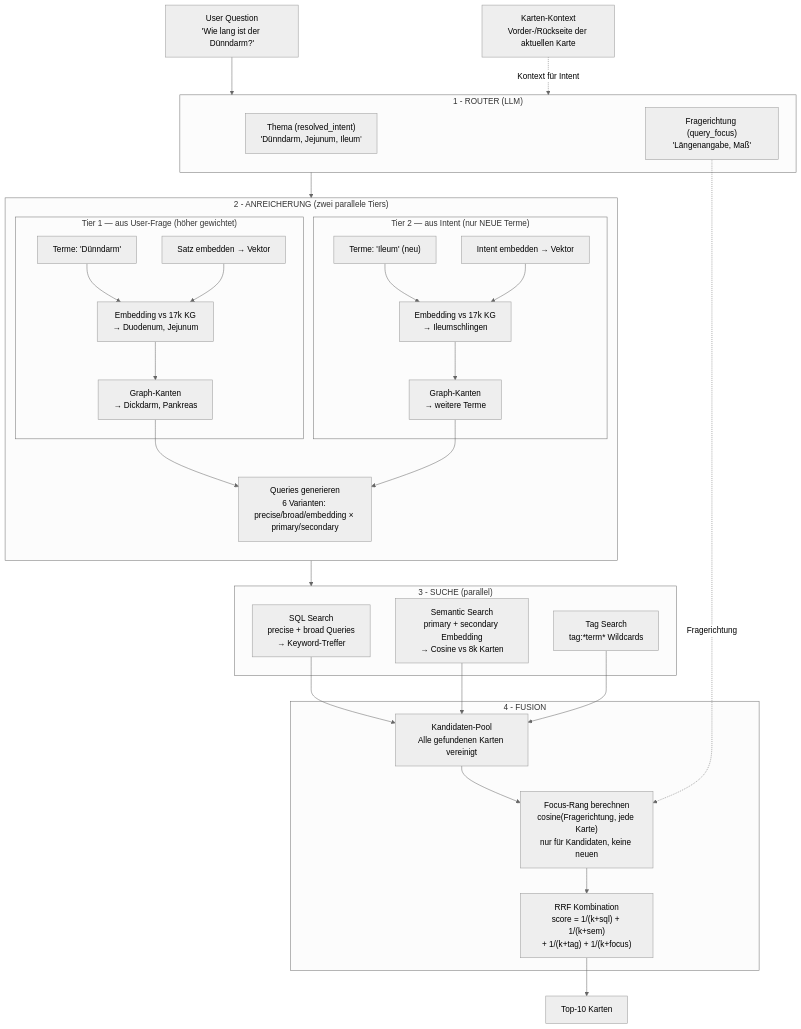
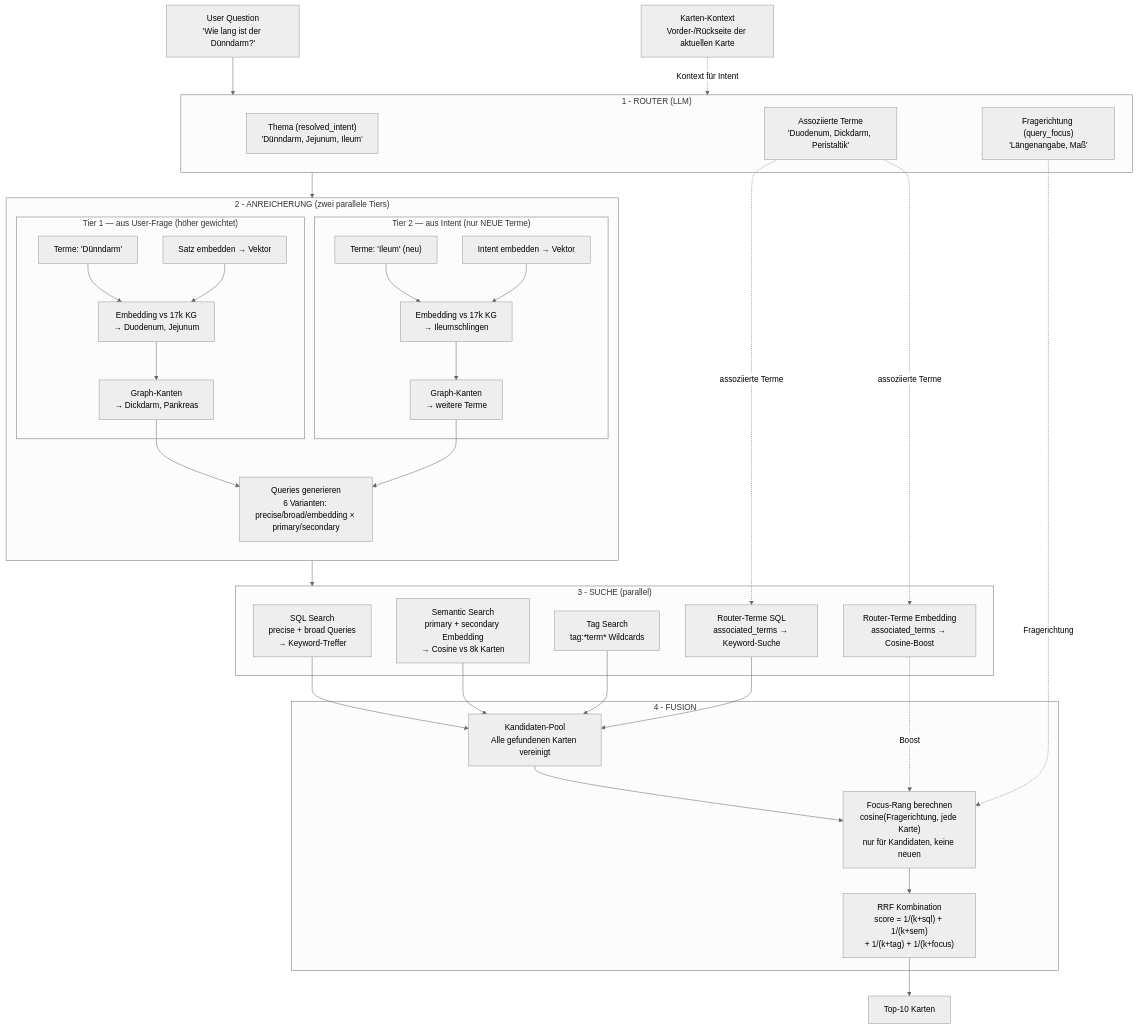
One commit to JoHi36/AnkiPlus changed the diagram in docs/reference/RETRIEVAL_SYSTEM.md. Above: the diagram before and after it, drawn with Mermaid (neutral theme). The commit also changed other lines of this file and 1 other file, not shown here.

````diff
--- a/docs/reference/RETRIEVAL_SYSTEM.md
+++ b/docs/reference/RETRIEVAL_SYSTEM.md
@@ -26,59 +34,66 @@
 ```mermaid
 flowchart TD
     Q["User Question\n'Wie lang ist der Dünndarm?'"]
     CTX["Karten-Kontext\nVorder-/Rückseite der aktuellen Karte"]
 
     subgraph ROUTER["1 - ROUTER  (LLM)"]
         RI["Thema (resolved_intent)\n'Dünndarm, Jejunum, Ileum'"]
+        AT["Assoziierte Terme\n'Duodenum, Dickdarm, Peristaltik'"]
         QF["Fragerichtung (query_focus)\n'Längenangabe, Maß'"]
     end
 
     subgraph ENRICH["2 - ANREICHERUNG  (zwei parallele Tiers)"]
         direction TB
         subgraph T1["Tier 1 — aus User-Frage (höher gewichtet)"]
             T1E["Terme: 'Dünndarm'"]
             T1EMB["Satz embedden → Vektor"]
             T1KG["Embedding vs 17k KG\n→ Duodenum, Jejunum"]
             T1GR["Graph-Kanten\n→ Dickdarm, Pankreas"]
         end
         subgraph T2["Tier 2 — aus Intent (nur NEUE Terme)"]
             T2E["Terme: 'Ileum' (neu)"]
             T2EMB["Intent embedden → Vektor"]
             T2KG["Embedding vs 17k KG\n→ Ileumschlingen"]
             T2GR["Graph-Kanten\n→ weitere Terme"]
         end
         QG["Queries generieren\n6 Varianten: precise/broad/embedding × primary/secondary"]
     end
 
     subgraph SEARCH["3 - SUCHE  (parallel)"]
         SQL["SQL Search\nprecise + broad Queries\n→ Keyword-Treffer"]
         SEM["Semantic Search\nprimary + secondary Embedding\n→ Cosine vs 8k Karten"]
         TAG["Tag Search\ntag:*term* Wildcards"]
+        LLMSQL["Router-Terme SQL\nassociated_terms → Keyword-Suche"]
+        LLMSEM["Router-Terme Embedding\nassociated_terms → Cosine-Boost"]
     end
 
     subgraph RANK["4 - FUSION"]
         POOL["Kandidaten-Pool\nAlle gefundenen Karten vereinigt"]
         FOCUS["Focus-Rang berechnen\ncosine(Fragerichtung, jede Karte)\nnur für Kandidaten, keine neuen"]
         RRF["RRF Kombination\nscore = 1/(k+sql) + 1/(k+sem)\n+ 1/(k+tag) + 1/(k+focus)"]
     end
 
     OUT["Top-10 Karten"]
 
     Q --> ROUTER
     CTX -.->|Kontext für Intent| ROUTER
     ROUTER --> ENRICH
     T1E --> T1KG
     T1EMB --> T1KG
     T1KG --> T1GR --> QG
     T2E --> T2KG
     T2EMB --> T2KG
     T2KG --> T2GR --> QG
     ENRICH --> SEARCH
+    AT -.->|assoziierte Terme| LLMSQL
+    AT -.->|assoziierte Terme| LLMSEM
     SQL --> POOL
     SEM --> POOL
     TAG --> POOL
+    LLMSQL --> POOL
+    LLMSEM -.->|Boost| FOCUS
     POOL --> FOCUS
     QF -.->|Fragerichtung| FOCUS
     FOCUS --> RRF
     RRF --> OUT
 ```
````
